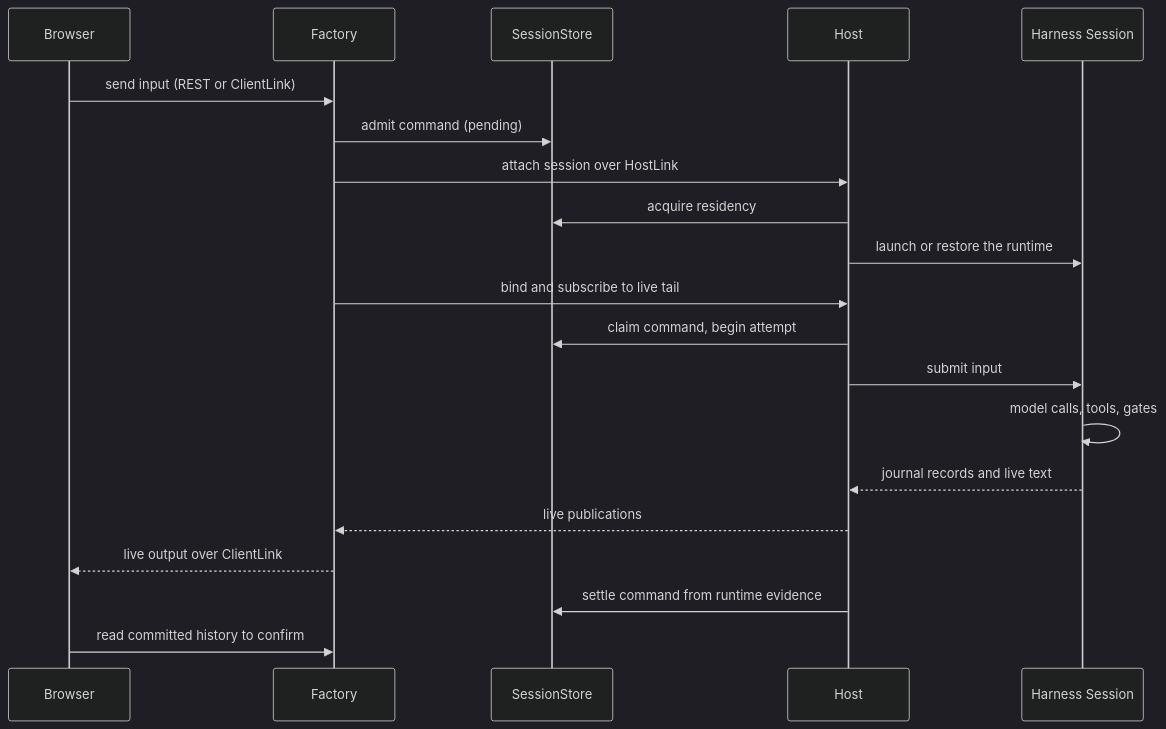
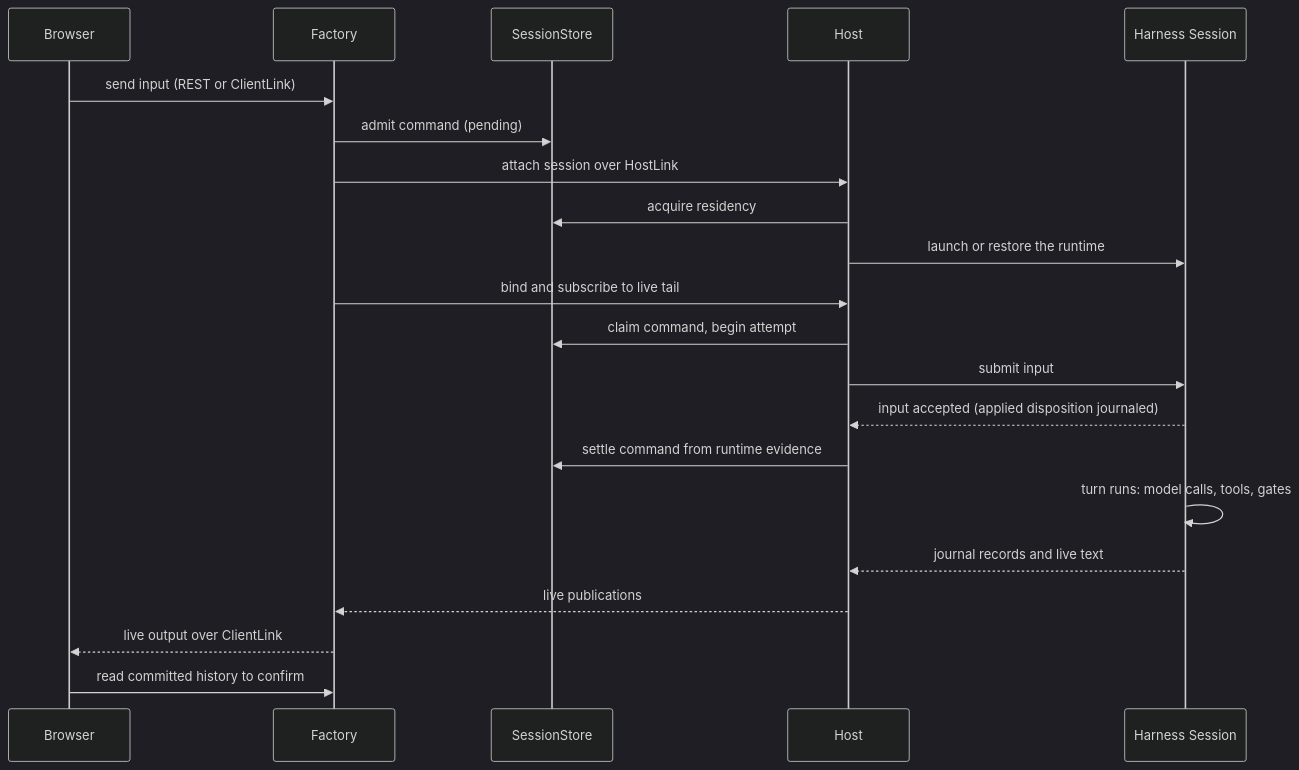
The second of 3 diagrams in docs/overview/architecture.md (looprig/.github), drawn with Mermaid before and after one commit. The commit also changed other lines of this file and 11 other files, not shown here.

First line of the commit message:
docs: fix accuracy review findings in architecture, start guides, starters and comparison

````diff
--- a/docs/overview/architecture.md
+++ b/docs/overview/architecture.md
@@ -96,23 +96,24 @@
 ```mermaid
 %%{init: {"theme":"dark"}}%%
 sequenceDiagram
   participant B as Browser
   participant F as Factory
   participant S as SessionStore
   participant H as Host
   participant R as Harness Session
   B->>F: send input (REST or ClientLink)
   F->>S: admit command (pending)
   F->>H: attach session over HostLink
   H->>S: acquire residency
   H->>R: launch or restore the runtime
   F->>H: bind and subscribe to live tail
   H->>S: claim command, begin attempt
   H->>R: submit input
-  R->>R: model calls, tools, gates
+  R-->>H: input accepted (applied disposition journaled)
+  H->>S: settle command from runtime evidence
+  R->>R: turn runs: model calls, tools, gates
   R-->>H: journal records and live text
   H-->>F: live publications
   F-->>B: live output over ClientLink
-  H->>S: settle command from runtime evidence
   B->>F: read committed history to confirm
 ```
````
